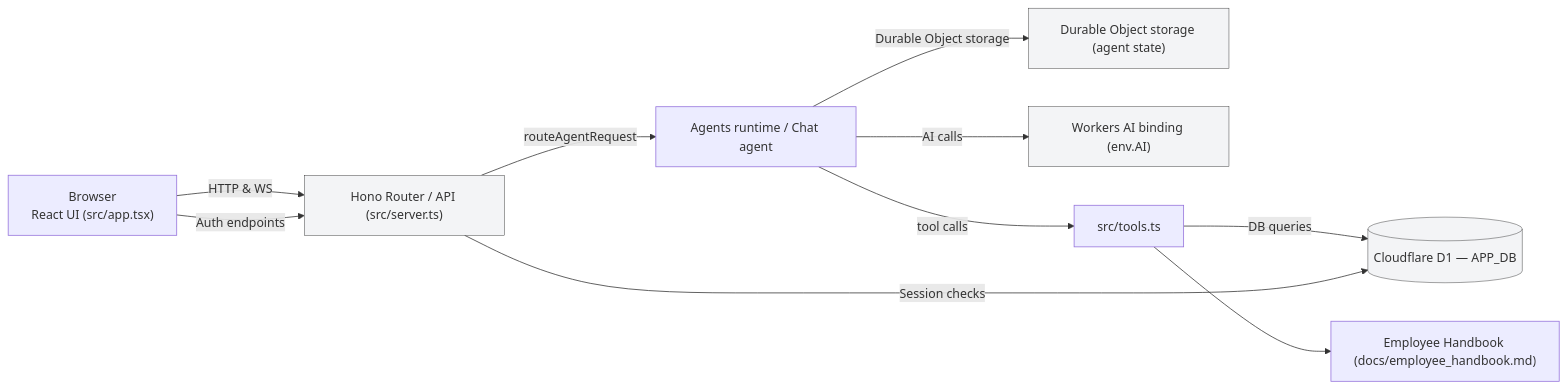
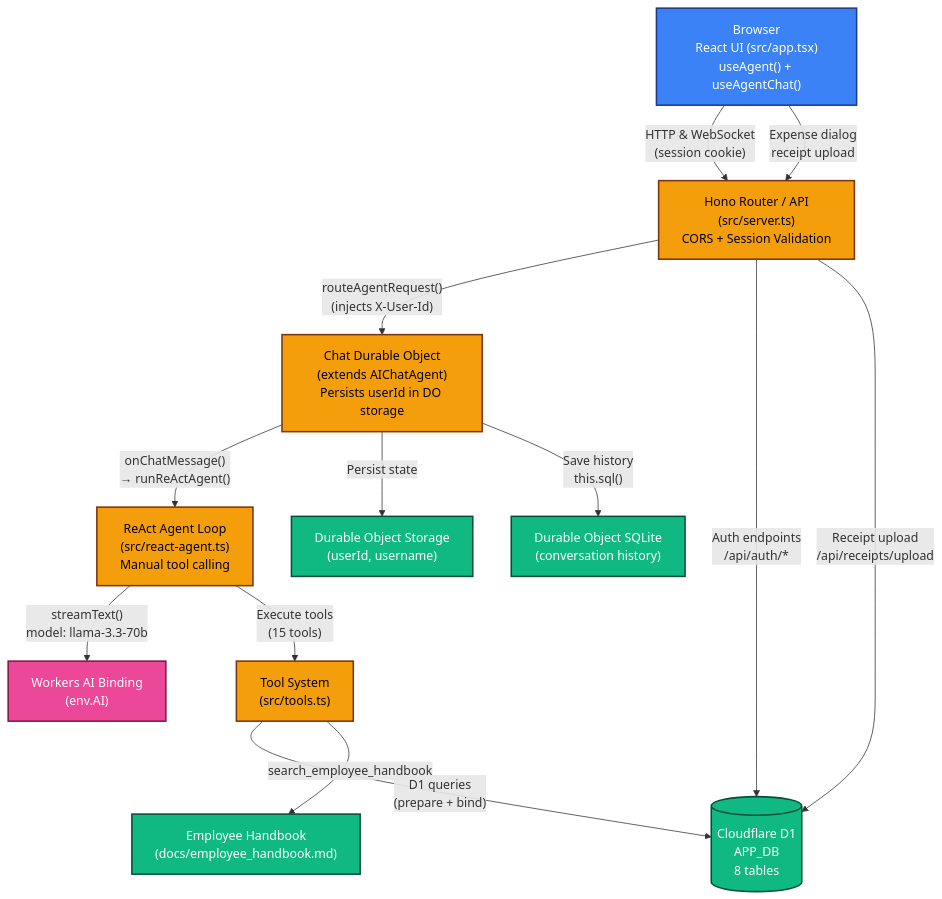
The first of 4 diagrams in docs/ARCHITECTURE.md (RamyaLakshmiKS/cf_ai_approvalflow-ai), drawn with Mermaid before and after one commit. The commit also changed other lines of this file, not shown here.

````diff
--- a/docs/ARCHITECTURE.md
+++ b/docs/ARCHITECTURE.md
@@ -23,16 +384,35 @@
 ```mermaid
-flowchart LR
-  Browser["Browser<br/>React UI (src/app.tsx)"]
-  Browser -->|HTTP & WS| Router["Hono Router / API (src/server.ts)"]
-  Router -->|routeAgentRequest| AgentEndpoint["Agents runtime / Chat agent"]
-  AgentEndpoint -->|Durable Object storage| DO["Durable Object storage (agent state)"]
-  AgentEndpoint -->|AI calls| AI["Workers AI binding (env.AI)"]
-  AgentEndpoint -->|tool calls| Tools["src/tools.ts"]
-  Tools -->|DB queries| D1[("Cloudflare D1 — APP_DB")]
-  Tools --> EmployeeHandbook["Employee Handbook (docs/employee_handbook.md)"]
-  Browser -->|Auth endpoints| Router
-  Router -->|Session checks| D1
+flowchart TB
+  Browser["Browser<br/>React UI (src/app.tsx)<br/>useAgent() + useAgentChat()"]
+  Browser -->|"HTTP & WebSocket<br/>(session cookie)"| Router["Hono Router / API<br/>(src/server.ts)<br/>CORS + Session Validation"]
 
-  classDef infra fill:#f3f4f6,stroke:#111,stroke-width:0.5;
-  class Router,AI,D1,DO infra;
+  Router -->|"routeAgentRequest()<br/>(injects X-User-Id)"| ChatDO["Chat Durable Object<br/>(extends AIChatAgent)<br/>Persists userId in DO storage"]
+
+  ChatDO -->|"onChatMessage()<br/>→ runReActAgent()"| ReAct["ReAct Agent Loop<br/>(src/react-agent.ts)<br/>Manual tool calling"]
+
+  ReAct -->|"streamText()<br/>model: llama-3.3-70b"| AI["Workers AI Binding<br/>(env.AI)"]
+
+  ReAct -->|"Execute tools<br/>(15 tools)"| Tools["Tool System<br/>(src/tools.ts)"]
+
+  Tools -->|"D1 queries<br/>(prepare + bind)"| D1[("Cloudflare D1<br/>APP_DB<br/>8 tables")]
+
+  Tools -->|"search_employee_handbook"| Handbook["Employee Handbook<br/>(docs/employee_handbook.md)"]
+
+  Router -->|"Auth endpoints<br/>/api/auth/*"| D1
+  Router -->|"Receipt upload<br/>/api/receipts/upload"| D1
+
+  ChatDO -->|"Persist state"| DOStorage["Durable Object Storage<br/>(userId, username)"]
+  ChatDO -->|"Save history<br/>this.sql()"| DOSQLite["Durable Object SQLite<br/>(conversation history)"]
+
+  Browser -->|"Expense dialog<br/>receipt upload"| Router
+
+  classDef frontend fill:#3b82f6,stroke:#1e3a8a,stroke-width:2px,color:#fff;
+  classDef backend fill:#f59e0b,stroke:#78350f,stroke-width:2px,color:#000;
+  classDef storage fill:#10b981,stroke:#064e3b,stroke-width:2px,color:#fff;
+  classDef ai fill:#ec4899,stroke:#831843,stroke-width:2px,color:#fff;
+
+  class Browser frontend;
+  class Router,ChatDO,ReAct,Tools backend;
+  class D1,DOStorage,DOSQLite,Handbook storage;
+  class AI ai;
 ```
````
